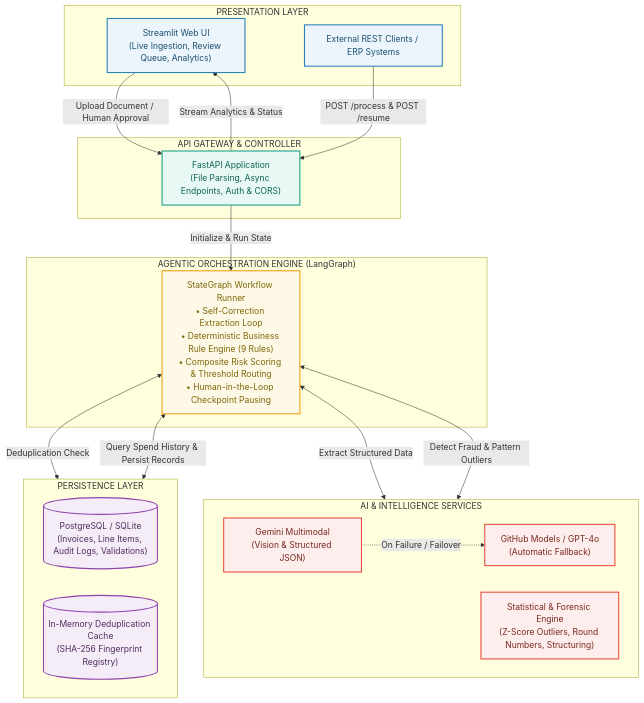
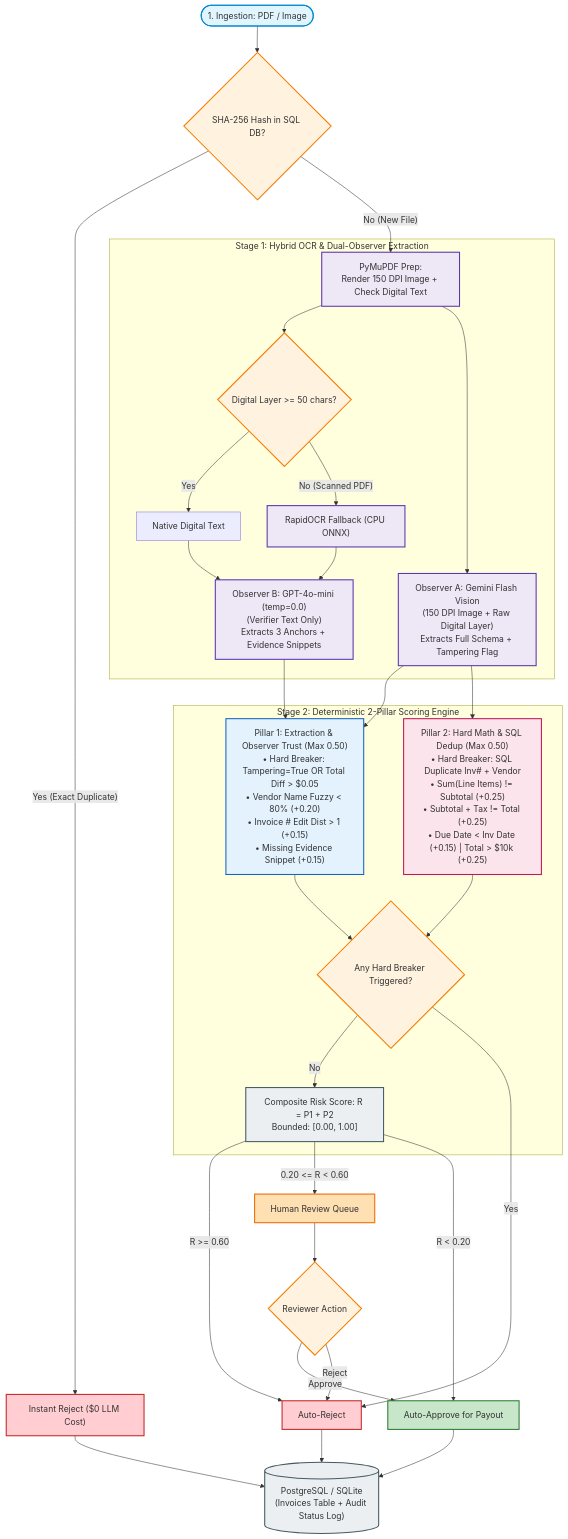
One commit to ayushcodes27/doc-agent changed the diagram in README.md. Above: the diagram before and after it, drawn with Mermaid. The commit also changed other lines of this file and 15 other files, not shown here.

Commit message:
docs & archi: update architecture & dataflow diagrams, dual-observer engine, and README benchmarks

````diff
--- a/README.md
+++ b/README.md
@@ -24,44 +30,45 @@
 ```mermaid
-graph TB
-    classDef clientStyle fill:#EBF5FB,stroke:#2980B9,stroke-width:2px,color:#1B4F72;
-    classDef gatewayStyle fill:#E8F8F5,stroke:#16A085,stroke-width:2px,color:#0E6251;
-    classDef agentStyle fill:#FEF9E7,stroke:#F39C12,stroke-width:2px,color:#7D6608;
-    classDef toolStyle fill:#FDEDEC,stroke:#E74C3C,stroke-width:2px,color:#78281F;
-    classDef dataStyle fill:#F4ECF7,stroke:#8E44AD,stroke-width:2px,color:#512E5F;
+flowchart TD
+    classDef startEnd fill:#e1f5fe,stroke:#0288d1,stroke-width:2px;
+    classDef gate fill:#fff3e0,stroke:#f57c00,stroke-width:2px;
+    classDef dual fill:#ede7f6,stroke:#5e35b1,stroke-width:2px;
+    classDef p1 fill:#e3f2fd,stroke:#1565c0,stroke-width:2px;
+    classDef p2 fill:#fce4ec,stroke:#c2185b,stroke-width:2px;
+    classDef approve fill:#c8e6c9,stroke:#2e7d32,stroke-width:2px;
+    classDef review fill:#ffe0b2,stroke:#ef6c00,stroke-width:2px;
+    classDef reject fill:#ffcdd2,stroke:#c62828,stroke-width:2px;
+    classDef save fill:#eceff1,stroke:#455a64,stroke-width:2px;
 
-    subgraph L1["PRESENTATION LAYER"]
-        UI["Streamlit Web UI<br/>(Live Ingestion, Review Queue, Analytics)"]:::clientStyle
-        API_CLIENT["External REST Clients / ERP Systems"]:::clientStyle
+    Start(["1. Ingestion: PDF / Image"]):::startEnd --> HashGate{"SHA-256 Hash in SQL DB?"}:::gate
+    HashGate -- "Yes (Exact Duplicate)" --> QuickReject["Instant Reject ($0 LLM Cost)"]:::reject
+    HashGate -- "No (New File)" --> Prep["PyMuPDF Prep:<br/>Render 150 DPI Image + Check Digital Text"]:::dual
+
+    subgraph Stage1 ["Stage 1: Hybrid OCR & Dual-Observer Extraction"]
+        Prep --> OCRCheck{"Digital Layer >= 50 chars?"}:::gate
+        OCRCheck -- "Yes" --> NativeText["Native Digital Text"]
+        OCRCheck -- "No (Scanned PDF)" --> RapidOCR["RapidOCR Fallback (CPU ONNX)"]:::dual
+
+        Prep --> ObsA["Observer A: Gemini Flash Vision<br/>(150 DPI Image + Raw Digital Layer)<br/>Extracts Full Schema + Tampering Flag"]:::dual
+        NativeText & RapidOCR --> ObsB["Observer B: GPT-4o-mini (temp=0.0)<br/>(Verifier Text Only)<br/>Extracts 3 Anchors + Evidence Snippets"]:::dual
     end
 
-    subgraph L2["API GATEWAY & CONTROLLER"]
-        FASTAPI["FastAPI Application<br/>(File Parsing, Async Endpoints, Auth & CORS)"]:::gatewayStyle
+    subgraph Stage2 ["Stage 2: Deterministic 2-Pillar Scoring Engine"]
+        ObsA & ObsB --> P1["Pillar 1: Extraction & Observer Trust (Max 0.50)<br/>• Hard Breaker: Tampering=True OR Total Diff > $0.05<br/>• Vendor Name Fuzzy < 80% (+0.20)<br/>• Invoice # Edit Dist > 1 (+0.15)<br/>• Missing Evidence Snippet (+0.15)"]:::p1
+        
+        ObsA --> P2["Pillar 2: Hard Math & SQL Dedup (Max 0.50)<br/>• Hard Breaker: SQL Duplicate Inv# + Vendor<br/>• Sum(Line Items) != Subtotal (+0.25)<br/>• Subtotal + Tax != Total (+0.25)<br/>• Due Date < Inv Date (+0.15) | Total > $10k (+0.25)"]:::p2
+
+        P1 & P2 --> Breaker{"Any Hard Breaker Triggered?"}:::gate
+        Breaker -- "No" --> Calc["Composite Risk Score: R = P1 + P2<br/>Bounded: [0.00, 1.00]"]:::save
     end
 
-    subgraph L3["AGENTIC ORCHESTRATION ENGINE (LangGraph)"]
-        GRAPH["StateGraph Workflow Runner<br/>• Self-Correction Extraction Loop<br/>• Deterministic Business Rule Engine (9 Rules)<br/>• Composite Risk Scoring & Threshold Routing<br/>• Human-in-the-Loop Checkpoint Pausing"]:::agentStyle
-    end
+    Breaker -- "Yes" --> AutoReject["Auto-Reject"]:::reject
+    Calc -- "R >= 0.60" --> AutoReject
+    Calc -- "0.20 <= R < 0.60" --> HumanReview["Human Review Queue"]:::review
+    Calc -- "R < 0.20" --> AutoApprove["Auto-Approve for Payout"]:::approve
 
-    subgraph L4["AI & INTELLIGENCE SERVICES"]
-        direction LR
-        LLM_PRIMARY["Gemini Multimodal<br/>(Vision & Structured JSON)"]:::toolStyle
-        LLM_FALLBACK["GitHub Models / GPT-4o<br/>(Automatic Fallback)"]:::toolStyle
-        ANOMALY_ENGINE["Statistical & Forensic Engine<br/>(Z-Score Outliers, Round Numbers, Structuring)"]:::toolStyle
-    end
+    HumanReview --> HumanDec{"Reviewer Action"}:::gate
+    HumanDec -- "Approve" --> AutoApprove
+    HumanDec -- "Reject" --> AutoReject
 
-    subgraph L5["PERSISTENCE LAYER"]
-        direction LR
-        DB[("PostgreSQL / SQLite<br/>(Invoices, Line Items, Audit Logs, Validations)")]:::dataStyle
-        CACHE[("In-Memory Deduplication Cache<br/>(SHA-256 Fingerprint Registry)")]:::dataStyle
-    end
-
-    UI -->|Upload Document / Human Approval| FASTAPI
-    API_CLIENT -->|POST /process & POST /resume| FASTAPI
-    FASTAPI -->|Initialize & Run State| GRAPH
-    GRAPH <-->|Extract Structured Data| LLM_PRIMARY
-    LLM_PRIMARY -.->|On Failure / Failover| LLM_FALLBACK
-    GRAPH <-->|Detect Fraud & Pattern Outliers| ANOMALY_ENGINE
-    GRAPH <-->|Deduplication Check| CACHE
-    GRAPH <-->|Query Spend History & Persist Records| DB
-    FASTAPI -->|Stream Analytics & Status| UI
+    QuickReject & AutoApprove & AutoReject --> DB[("PostgreSQL / SQLite<br/>(Invoices Table + Audit Status Log)")]:::save
 ```
````
